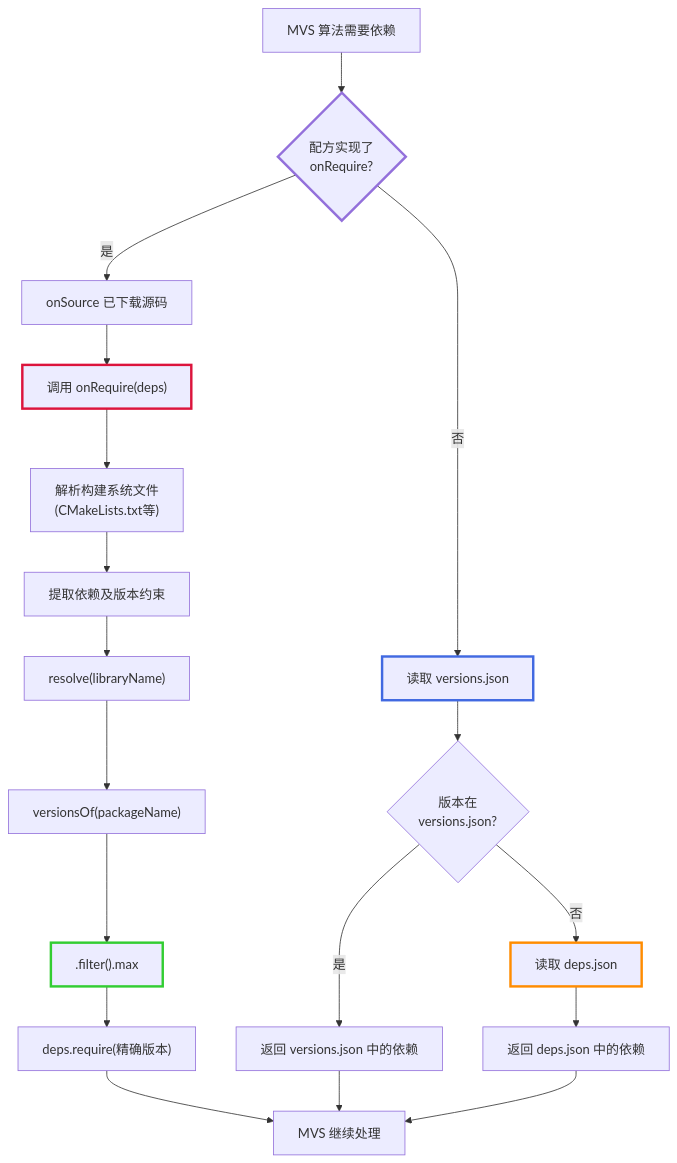
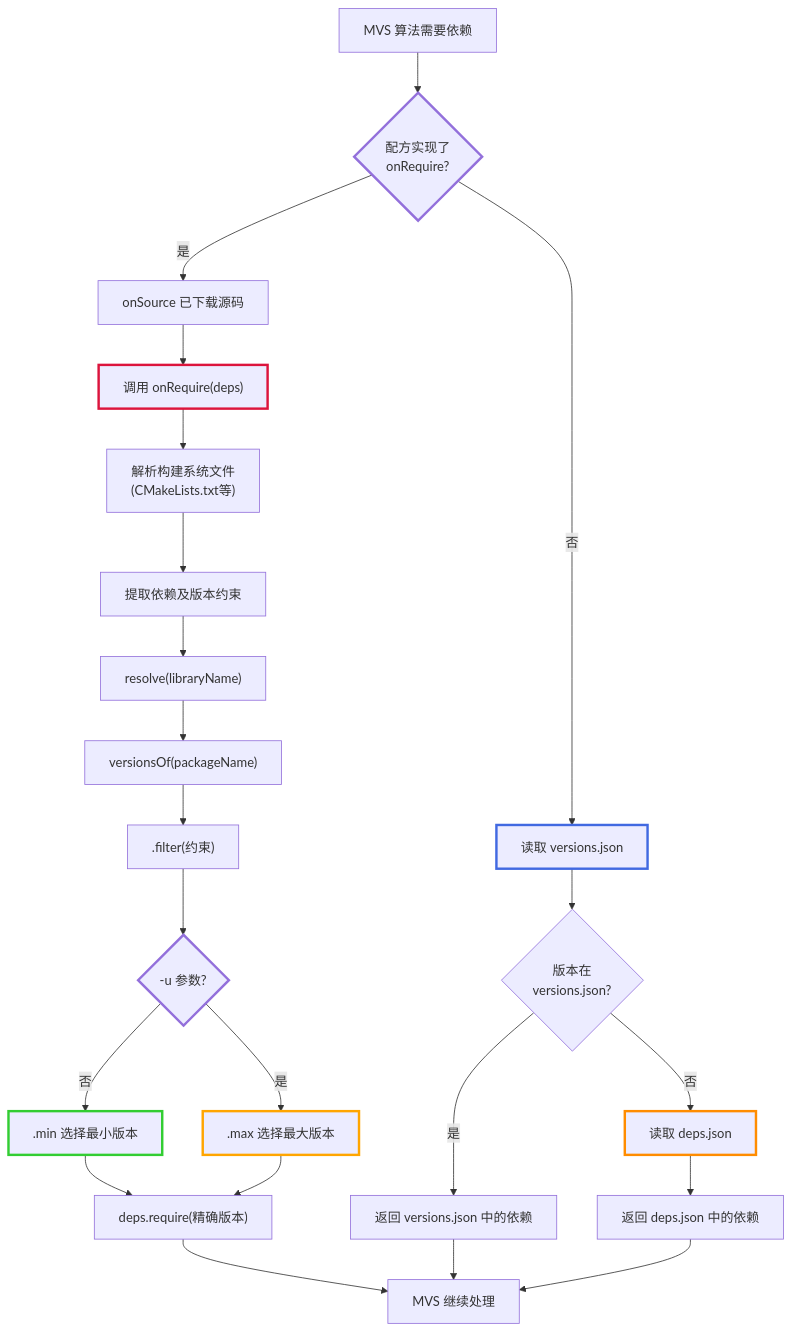
Before and after one commit to goplus/llar: the sixth of 7 diagrams in docs/version-range-design.md, drawn with Mermaid. The commit also changed other lines of this file and 4 other files, not shown here.

````diff
--- a/docs/version-range-design.md
+++ b/docs/version-range-design.md
@@ -431,28 +470,34 @@
 ```mermaid
 graph TD
 A["MVS 算法需要依赖"] --> B{"配方实现了<br/>onRequire?"}
 B -- "是" --> C["onSource 已下载源码"]
 C --> D["调用 onRequire(deps)"]
 D --> E["解析构建系统文件<br/>(CMakeLists.txt等)"]
 E --> F["提取依赖及版本约束"]
 F --> G["resolve(libraryName)"]
 G --> H["versionsOf(packageName)"]
-H --> I[".filter().max"]
-I --> J["deps.require(精确版本)"]
+H --> I[".filter(约束)"]
+I --> J{"-u 参数?"}
+J -- "否" --> K[".min 选择最小版本"]
+J -- "是" --> L[".max 选择最大版本"]
+K --> M["deps.require(精确版本)"]
+L --> M
 
-B -- "否" --> K["读取 versions.json"]
-K --> L{"版本在<br/>versions.json?"}
-L -- "是" --> M["返回 versions.json 中的依赖"]
-L -- "否" --> N["读取 deps.json"]
-N --> O["返回 deps.json 中的依赖"]
+B -- "否" --> N["读取 versions.json"]
+N --> O{"版本在<br/>versions.json?"}
+O -- "是" --> P["返回 versions.json 中的依赖"]
+O -- "否" --> Q["读取 deps.json"]
+Q --> R["返回 deps.json 中的依赖"]
 
-J --> P["MVS 继续处理"]
-M --> P
-O --> P
+M --> S["MVS 继续处理"]
+P --> S
+R --> S
 
 style B stroke:#9370DB,stroke-width:3px
 style D stroke:#DC143C,stroke-width:3px
-style I stroke:#32CD32,stroke-width:3px
-style K stroke:#4169E1,stroke-width:3px
-style N stroke:#FF8C00,stroke-width:3px
+style J stroke:#9370DB,stroke-width:3px
+style K stroke:#32CD32,stroke-width:3px
+style L stroke:#FFA500,stroke-width:3px
+style N stroke:#4169E1,stroke-width:3px
+style Q stroke:#FF8C00,stroke-width:3px
 ```
````
